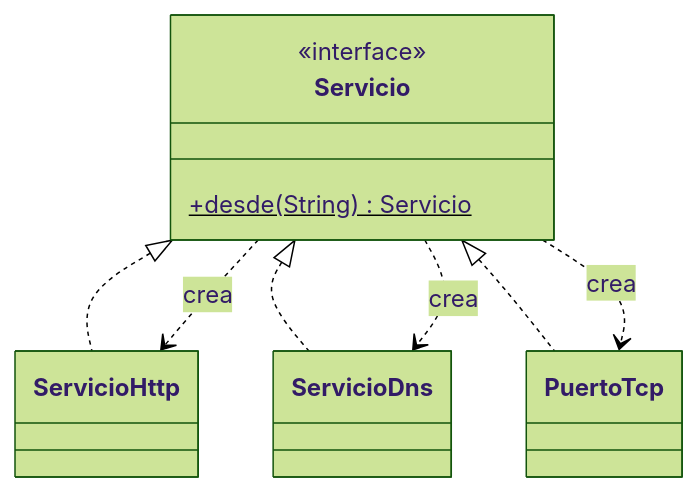
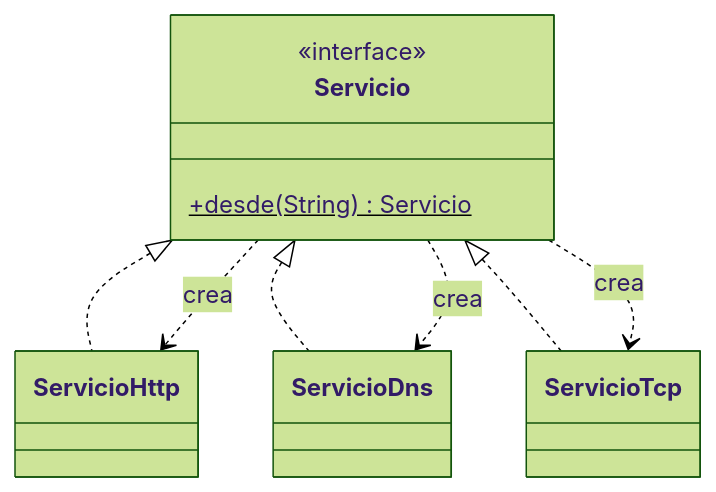
Before and after one commit to UIB-22354-Programacion-Avanzada/website: the sixth of 9 diagrams in es/contenido/tema1.qmd, drawn with Mermaid (forest theme). The commit also changed other lines of this file and 2 other files, not shown here.

````diff
--- a/es/contenido/tema1.qmd
+++ b/es/contenido/tema1.qmd
@@ -2075,13 +2034,13 @@
 ```{mermaid}
 classDiagram
     class Servicio {
         <<interface>>
         +desde(String) Servicio$
     }
     Servicio <|.. ServicioHttp
     Servicio <|.. ServicioDns
-    Servicio <|.. PuertoTcp
+    Servicio <|.. ServicioTcp
     Servicio ..> ServicioHttp : crea
     Servicio ..> ServicioDns : crea
-    Servicio ..> PuertoTcp : crea
+    Servicio ..> ServicioTcp : crea
 ```
````
